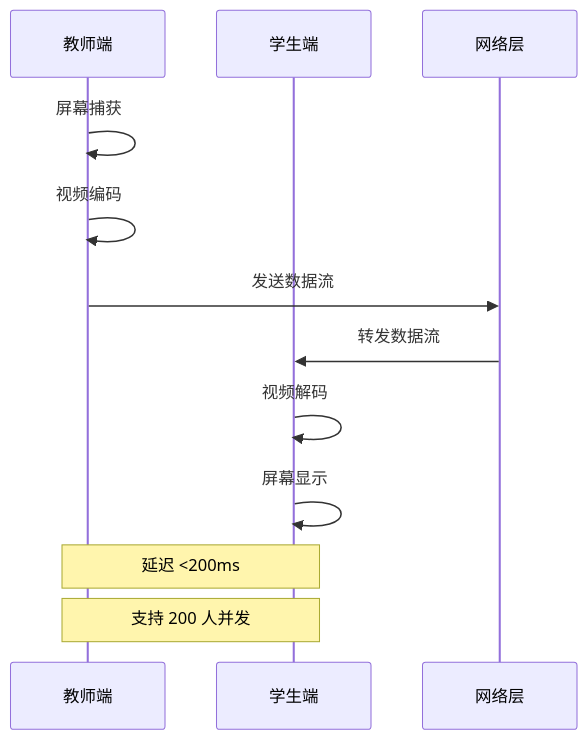
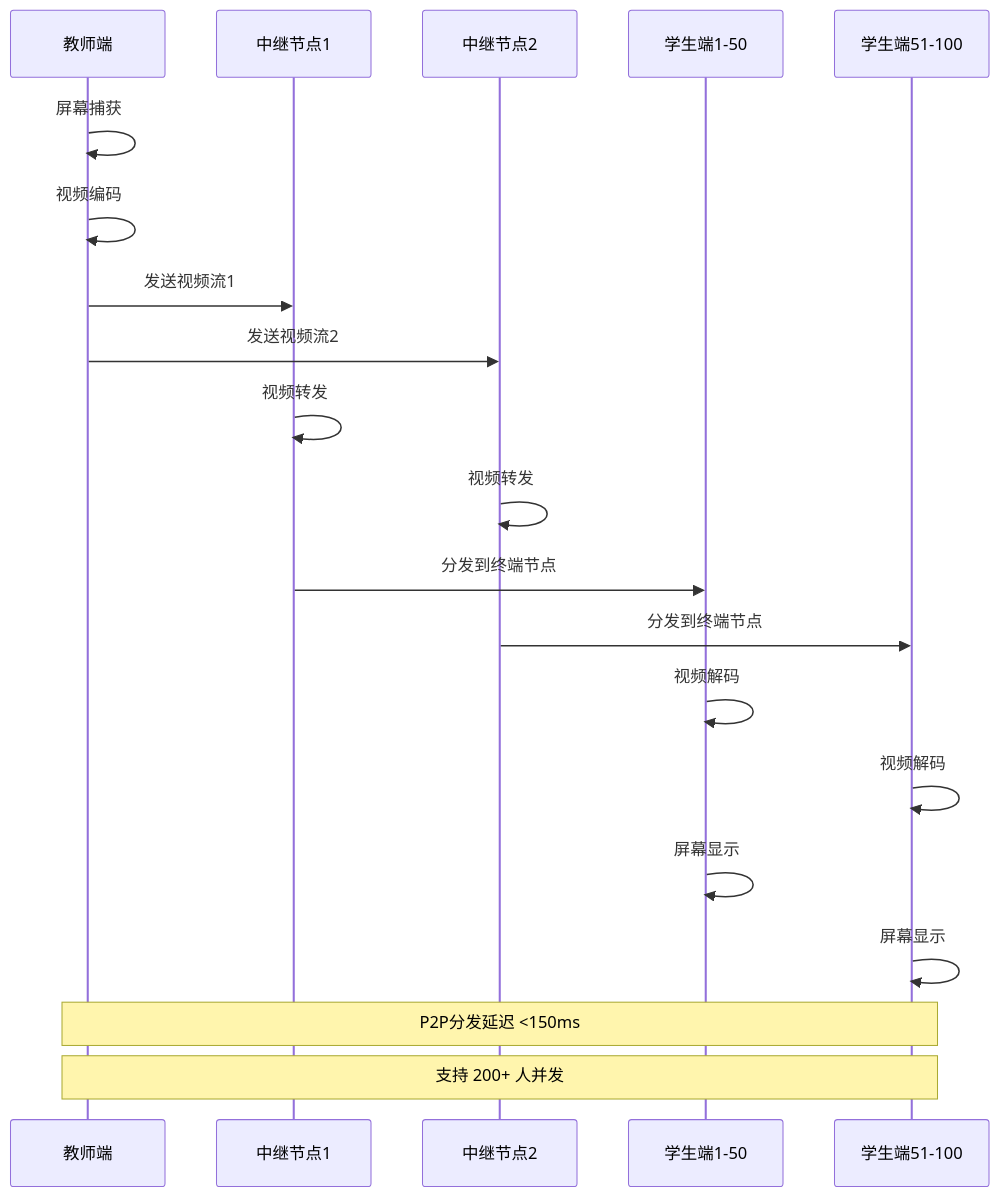
One commit to IdEvEbI/sky-edu-docs changed the sixth of 14 diagrams in docs/projects/sky-edu-classroom-screen-sharing/003_system-architecture_系统架构设计文档.md. Above: the diagram before and after it, drawn with Mermaid. The commit also changed other lines of this file, not shown here.

````diff
--- a/docs/projects/sky-edu-classroom-screen-sharing/003_system-architecture_系统架构设计文档.md
+++ b/docs/projects/sky-edu-classroom-screen-sharing/003_system-architecture_系统架构设计文档.md
@@ -441,16 +658,24 @@
 ```mermaid
 sequenceDiagram
     participant T as 教师端
-    participant S as 学生端
-    participant N as 网络层
+    participant R1 as 中继节点1
+    participant R2 as 中继节点2
+    participant S1 as 学生端1-50
+    participant S2 as 学生端51-100
 
     T->>T: 屏幕捕获
     T->>T: 视频编码
-    T->>N: 发送数据流
-    N->>S: 转发数据流
-    S->>S: 视频解码
-    S->>S: 屏幕显示
+    T->>R1: 发送视频流1
+    T->>R2: 发送视频流2
+    R1->>R1: 视频转发
+    R2->>R2: 视频转发
+    R1->>S1: 分发到终端节点
+    R2->>S2: 分发到终端节点
+    S1->>S1: 视频解码
+    S2->>S2: 视频解码
+    S1->>S1: 屏幕显示
+    S2->>S2: 屏幕显示
 
-    Note over T,S: 延迟 <200ms
-    Note over T,S: 支持 200 人并发
+    Note over T,S2: P2P分发延迟 <150ms
+    Note over T,S2: 支持 200+ 人并发
 ```
````
